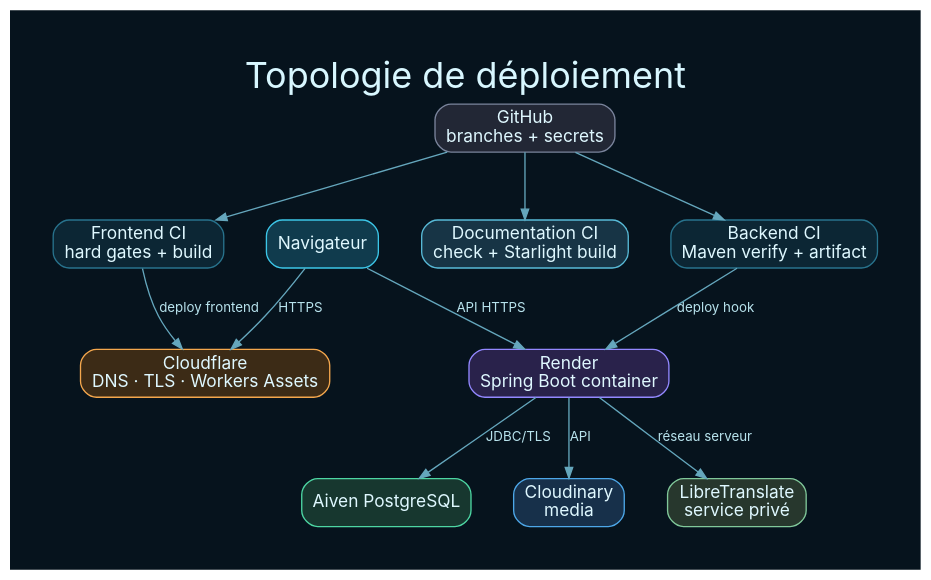
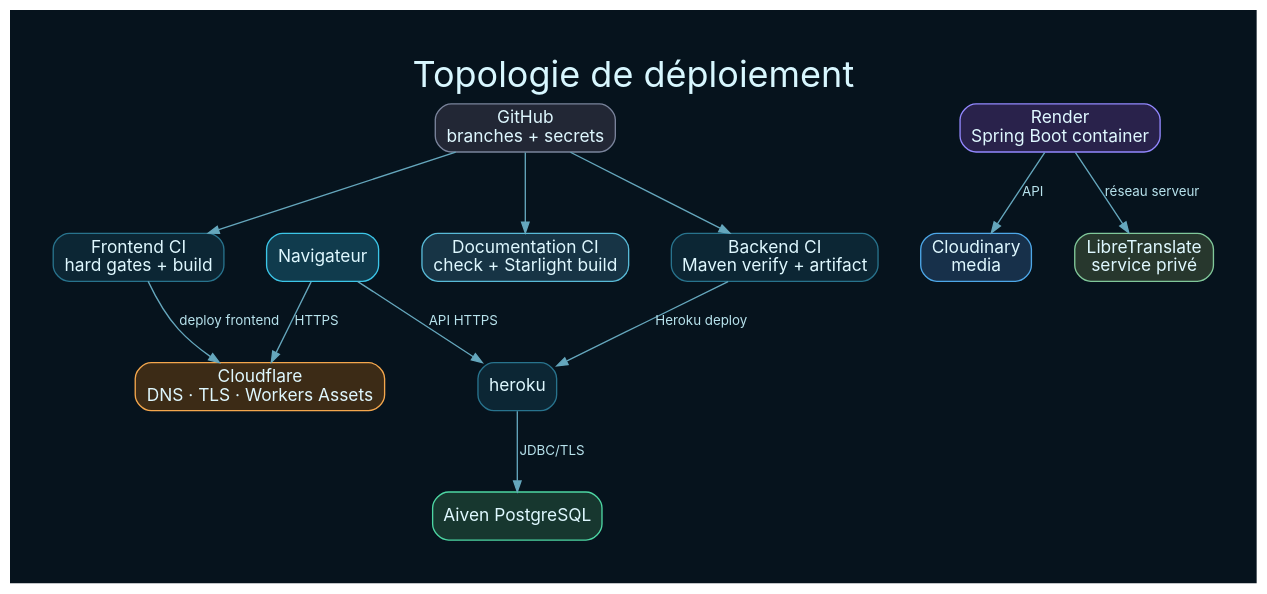
The diagram in documentation/diagram-sources/deployment-topology.dot (idris-ach2002/professional_website_front), drawn with Graphviz before and after one commit. The commit also changed 7 other files, not shown here.

Commit message:
migrate deployment architecture from Render to Heroku behind Cloudflare

```diff
--- a/documentation/diagram-sources/deployment-topology.dot
+++ b/documentation/diagram-sources/deployment-topology.dot
@@ -1,23 +1,23 @@
 digraph G {
   graph [bgcolor="#06131d", pad=.45, nodesep=.45, ranksep=.7, fontname="Inter", fontcolor="#d8f7ff", label="Topologie de déploiement", labelloc=t, fontsize=27, compound=true];
   node [shape=box, style="rounded,filled", fillcolor="#0c2634", color="#28738d", fontcolor="#dff8ff", fontname="Inter", fontsize=13];
   edge [color="#65a7bd", fontcolor="#b8e3ed", fontname="Inter", fontsize=10, arrowsize=.8];
   git [label="GitHub\nbranches + secrets", fillcolor="#222735", color="#7a849c"];
   frontci [label="Frontend CI\nhard gates + build"];
   backci [label="Backend CI\nMaven verify + artifact"];
   docci [label="Documentation CI\ncheck + Starlight build", fillcolor="#173445", color="#58bad7"];
   cf [label="Cloudflare\nDNS · TLS · Workers Assets", fillcolor="#3c2b16", color="#f4a74d"];
   render [label="Render\nSpring Boot container", fillcolor="#29224b", color="#9388ff"];
   aiven [label="Aiven PostgreSQL", fillcolor="#17372f", color="#4dd6a3"];
   cloudinary [label="Cloudinary\nmedia", fillcolor="#17304a", color="#4da7e8"];
   translate [label="LibreTranslate\nservice privé", fillcolor="#27372d", color="#80c89a"];
   user [label="Navigateur", fillcolor="#103b4d", color="#3cc6e8"];
   git -> {frontci backci docci};
   frontci -> cf [label="deploy frontend"];
-  backci -> render [label="deploy hook"];
+  backci -> heroku [label="Heroku deploy"];
   user -> cf [label="HTTPS"];
-  user -> render [label="API HTTPS"];
-  render -> aiven [label="JDBC/TLS"];
+  user -> heroku [label="API HTTPS"];
+  heroku -> aiven [label="JDBC/TLS"];
   render -> cloudinary [label="API"];
   render -> translate [label="réseau serveur"];
 }
```
